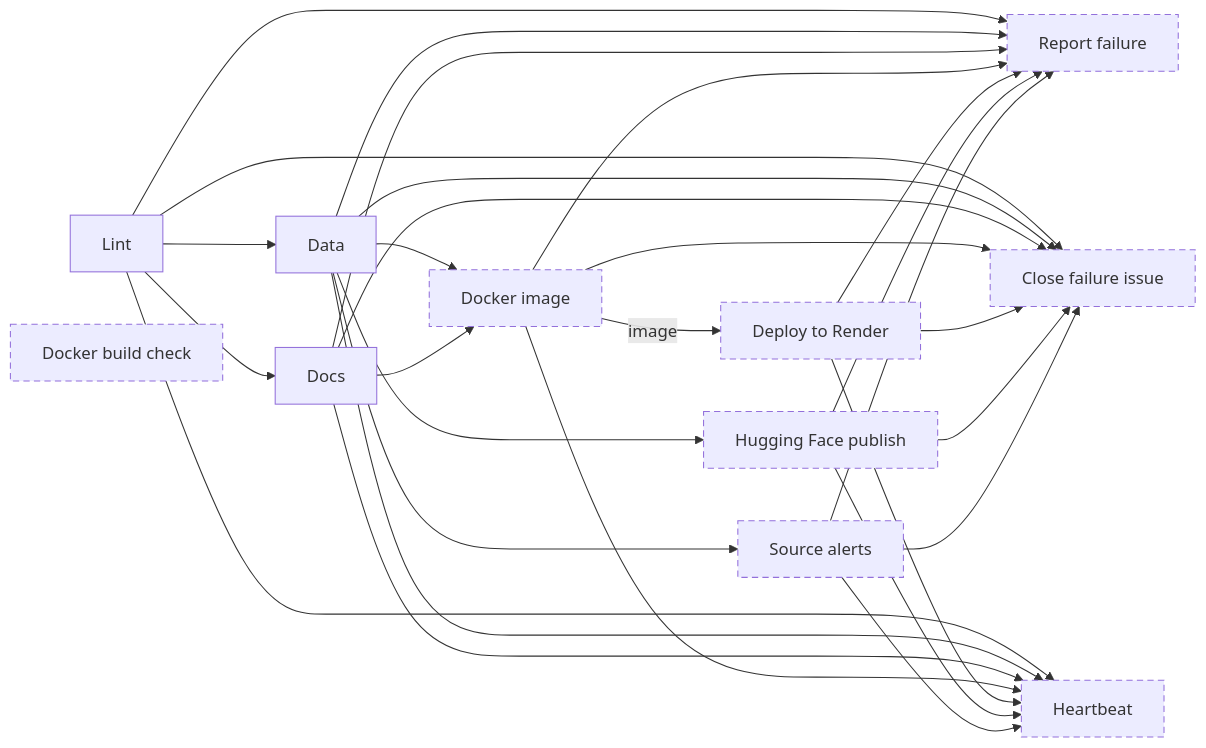
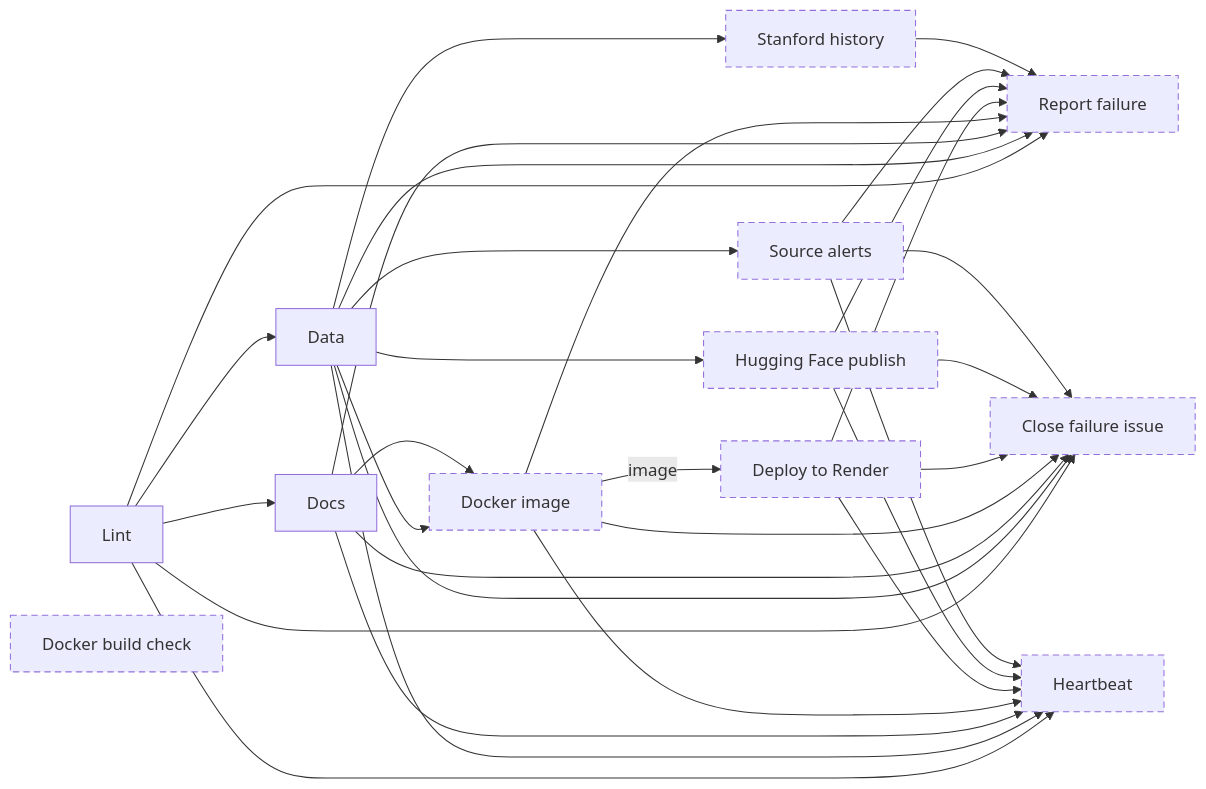
The second of 3 diagrams in docs/architecture.md (tryph0n/hybrid-tracker), drawn with Mermaid before and after one commit. The commit also changed other lines of this file and 8 other files, not shown here.

First line of the commit message:
feat(gnss): add the Stanford history run from 1 January 2022 (#223)

````diff
--- a/docs/architecture.md
+++ b/docs/architecture.md
@@ -61,43 +61,46 @@
 ```mermaid
 flowchart LR
   classDef conditional stroke-dasharray: 6 4
   job_lint["Lint"]
+  job_history["Stanford history"]:::conditional
   job_data["Data"]
   job_docs["Docs"]
   job_image_check["Docker build check"]:::conditional
   job_image["Docker image"]:::conditional
   job_deploy["Deploy to Render"]:::conditional
   job_publish["Hugging Face publish"]:::conditional
   job_report_failure["Report failure"]:::conditional
   job_source_alerts["Source alerts"]:::conditional
   job_close_failure["Close failure issue"]:::conditional
   job_heartbeat["Heartbeat"]:::conditional
+  job_data --> job_history
   job_lint --> job_data
   job_lint --> job_docs
   job_data --> job_image
   job_docs --> job_image
   job_image -->|image| job_deploy
   job_data --> job_publish
   job_lint --> job_report_failure
   job_data --> job_report_failure
   job_docs --> job_report_failure
   job_image --> job_report_failure
   job_deploy --> job_report_failure
   job_publish --> job_report_failure
   job_source_alerts --> job_report_failure
+  job_history --> job_report_failure
   job_data --> job_source_alerts
   job_lint --> job_close_failure
   job_data --> job_close_failure
   job_docs --> job_close_failure
   job_image --> job_close_failure
   job_deploy --> job_close_failure
   job_publish --> job_close_failure
   job_source_alerts --> job_close_failure
   job_lint --> job_heartbeat
   job_data --> job_heartbeat
   job_docs --> job_heartbeat
   job_image --> job_heartbeat
   job_deploy --> job_heartbeat
   job_publish --> job_heartbeat
   job_source_alerts --> job_heartbeat
 ```
````
